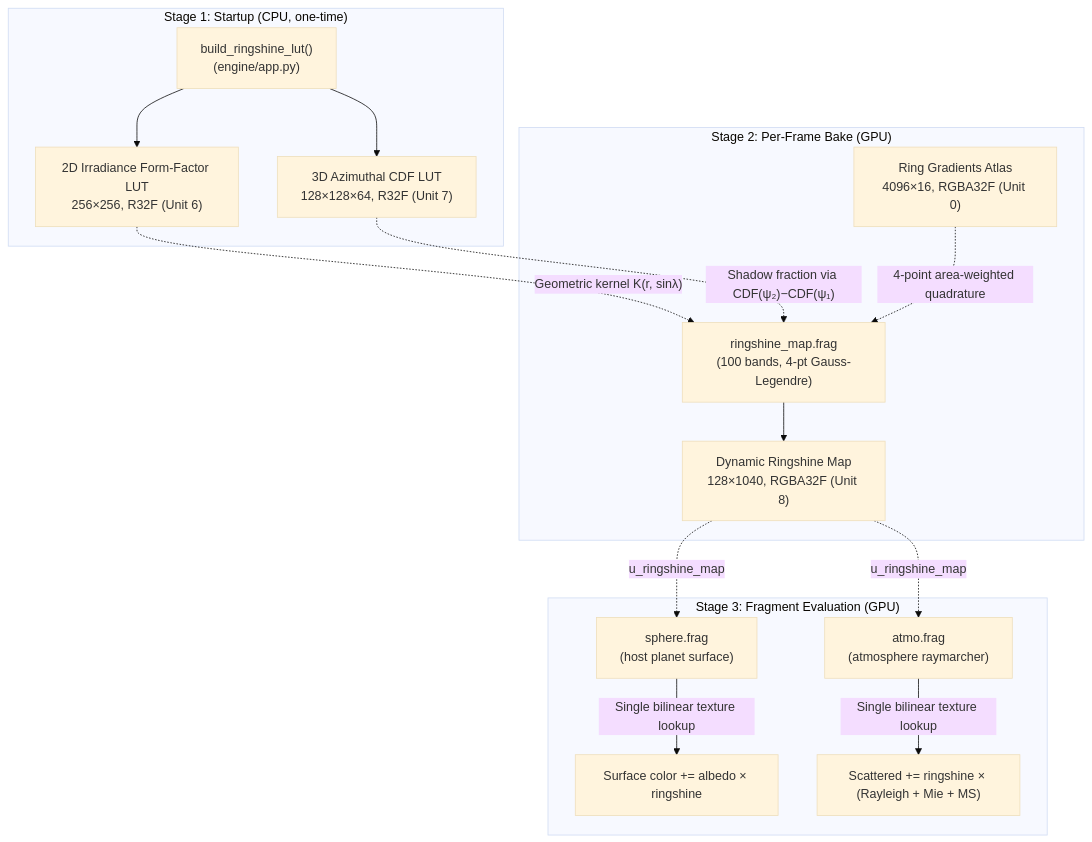
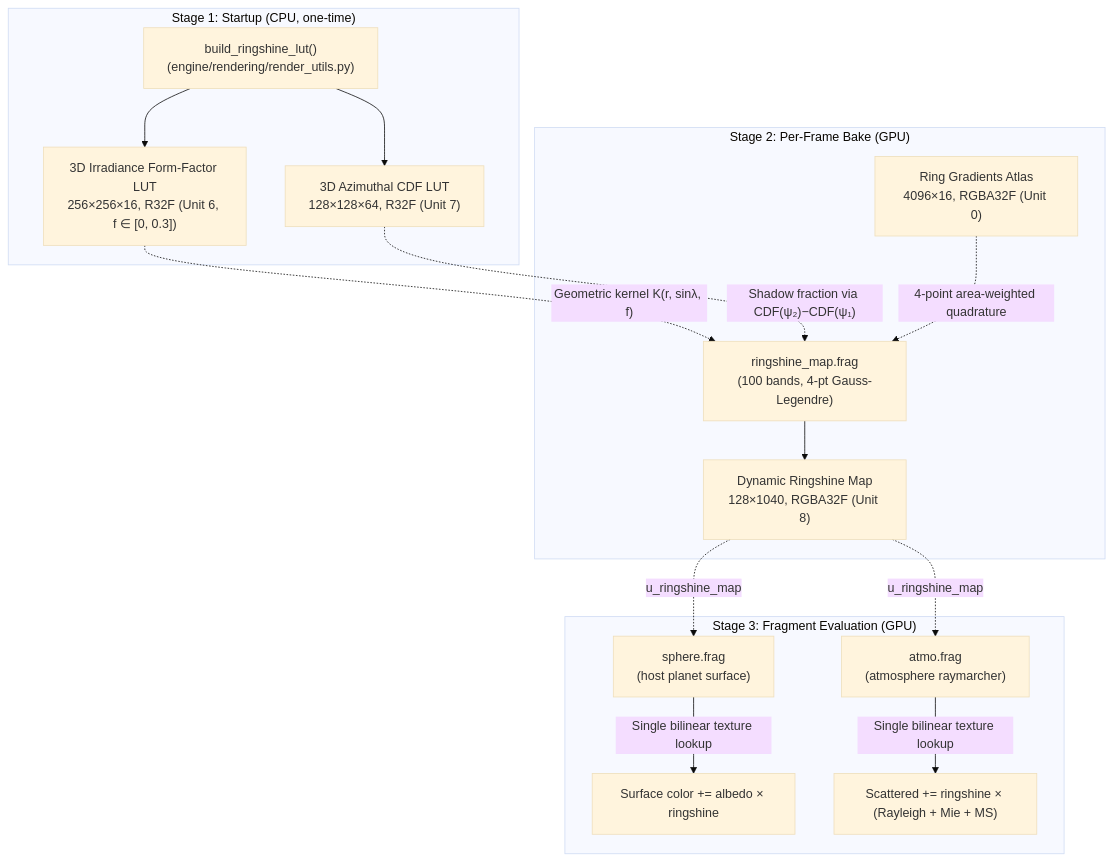
Before and after one commit to JustNoetic/Stellar-Forge: the diagram in ringshine_thesis_analysis.md, drawn with Mermaid (base theme). The commit also changed other lines of this file and 15 other files, not shown here.

````diff
--- a/ringshine_thesis_analysis.md
+++ b/ringshine_thesis_analysis.md
@@ -34,21 +34,21 @@
 ```mermaid
 graph TD
     subgraph "Stage 1: Startup (CPU, one-time)"
-        A["build_ringshine_lut()<br/>(engine/app.py)"] --> B["2D Irradiance Form-Factor LUT<br/>256×256, R32F (Unit 6)"]
+        A["build_ringshine_lut()<br/>(engine/rendering/render_utils.py)"] --> B["3D Irradiance Form-Factor LUT<br/>256×256×16, R32F (Unit 6, f ∈ [0, 0.3])"]
         A --> C["3D Azimuthal CDF LUT<br/>128×128×64, R32F (Unit 7)"]
     end
 
     subgraph "Stage 2: Per-Frame Bake (GPU)"
         D["ringshine_map.frag<br/>(100 bands, 4-pt Gauss-Legendre)"] --> E["Dynamic Ringshine Map<br/>128×1040, RGBA32F (Unit 8)"]
-        B -.->|"Geometric kernel K(r, sinλ)"| D
+        B -.->|"Geometric kernel K(r, sinλ, f)"| D
         C -.->|"Shadow fraction via CDF(ψ₂)−CDF(ψ₁)"| D
         F["Ring Gradients Atlas<br/>4096×16, RGBA32F (Unit 0)"] -.->|"4-point area-weighted quadrature"| D
     end
 
     subgraph "Stage 3: Fragment Evaluation (GPU)"
         G["sphere.frag<br/>(host planet surface)"] -->|"Single bilinear texture lookup"| H["Surface color += albedo × ringshine"]
         I["atmo.frag<br/>(atmosphere raymarcher)"] -->|"Single bilinear texture lookup"| J["Scattered += ringshine × (Rayleigh + Mie + MS)"]
         E -.->|"u_ringshine_map"| G
         E -.->|"u_ringshine_map"| I
     end
 ```
````
